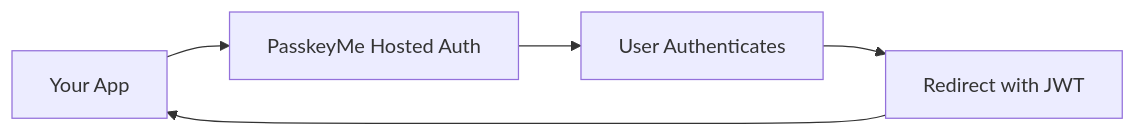
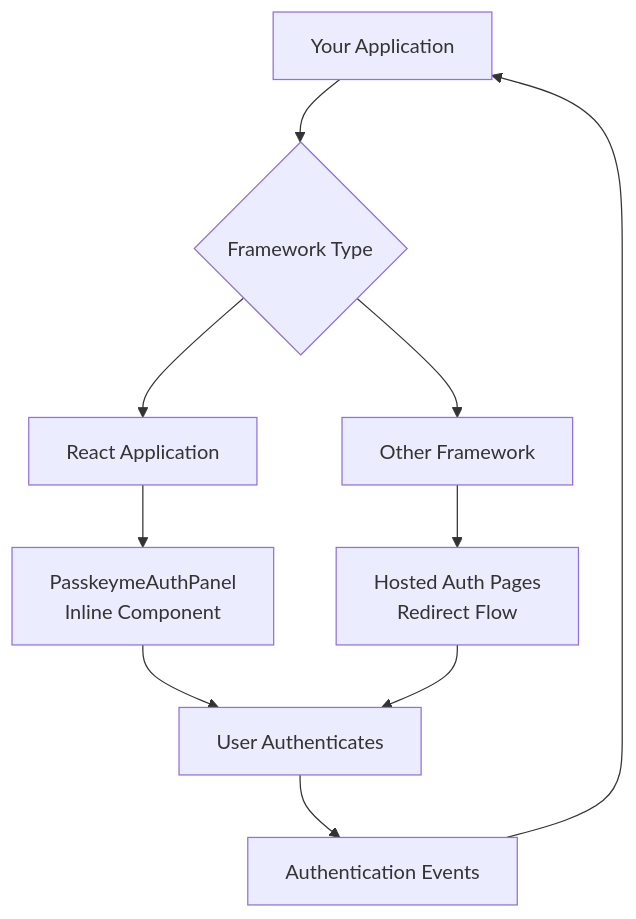
The diagram in docs/sdks/overview.md (justincrosbie/passkeyme-docs), drawn with Mermaid before and after one commit. The commit also changed other lines of this file and 18 other files, not shown here.

````diff
--- a/docs/sdks/overview.md
+++ b/docs/sdks/overview.md
@@ -22,7 +28,12 @@
 ```mermaid
-graph LR
-    A[Your App] --> B[PasskeyMe Hosted Auth]
-    B --> C[User Authenticates]
-    C --> D[Redirect with JWT]
-    D --> A
+graph TB
+    A[Your Application] --> B{Framework Type}
+    B --> C[React Application]
+    B --> D[Other Framework]
+    C --> E[PasskeymeAuthPanel<br/>Inline Component]
+    D --> F[Hosted Auth Pages<br/>Redirect Flow]
+    E --> G[User Authenticates]
+    F --> G
+    G --> H[Authentication Events]
+    H --> A
 ```
````
